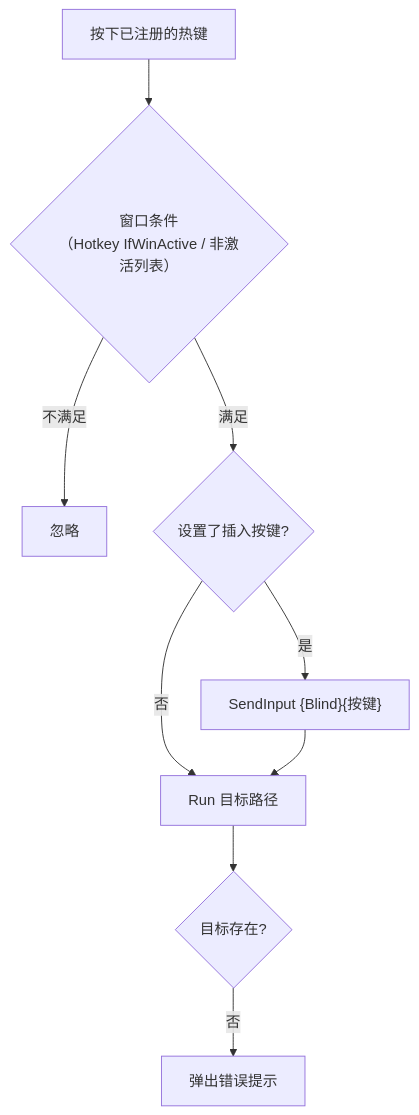
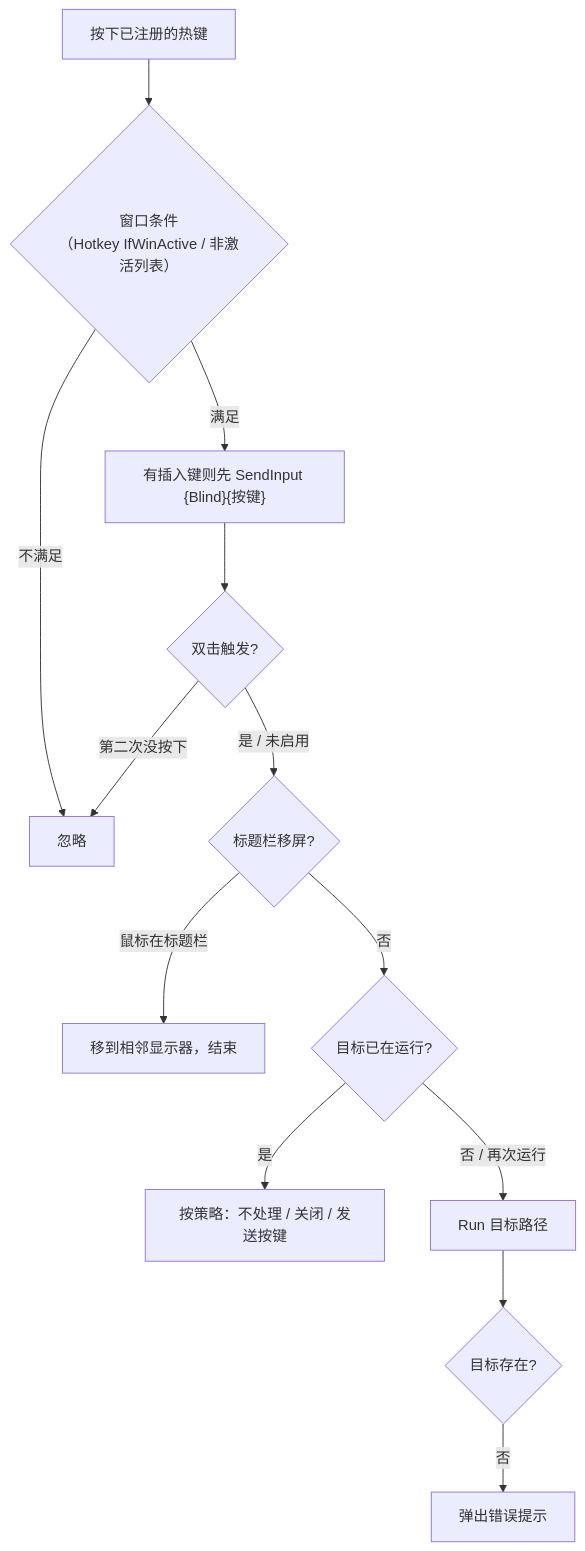
The first of 3 diagrams in README.md (YinsitanAI/AHK-ToolKit), drawn with Mermaid before and after one commit. The commit also changed other lines of this file and 2 other files, not shown here.

````diff
--- a/README.md
+++ b/README.md
@@ -166,11 +180,15 @@
 ```mermaid
 flowchart TD
     K["按下已注册的热键"] --> W{"窗口条件<br/>（Hotkey IfWinActive / 非激活列表）"}
     W -- "不满足" --> X["忽略"]
-    W -- "满足" --> I{"设置了插入按键?"}
-    I -- "是" --> B["SendInput {Blind}{按键}"]
-    I -- "否" --> R
-    B --> R["Run 目标路径"]
+    W -- "满足" --> I["有插入键则先 SendInput {Blind}{按键}"]
+    I --> D{"双击触发?"}
+    D -- "第二次没按下" --> X
+    D -- "是 / 未启用" --> T{"标题栏移屏?"}
+    T -- "鼠标在标题栏" --> MV["移到相邻显示器，结束"]
+    T -- "否" --> RN{"目标已在运行?"}
+    RN -- "是" --> A["按策略：不处理 / 关闭 / 发送按键"]
+    RN -- "否 / 再次运行" --> R["Run 目标路径"]
     R --> E{"目标存在?"}
     E -- "否" --> M["弹出错误提示"]
 ```
````
